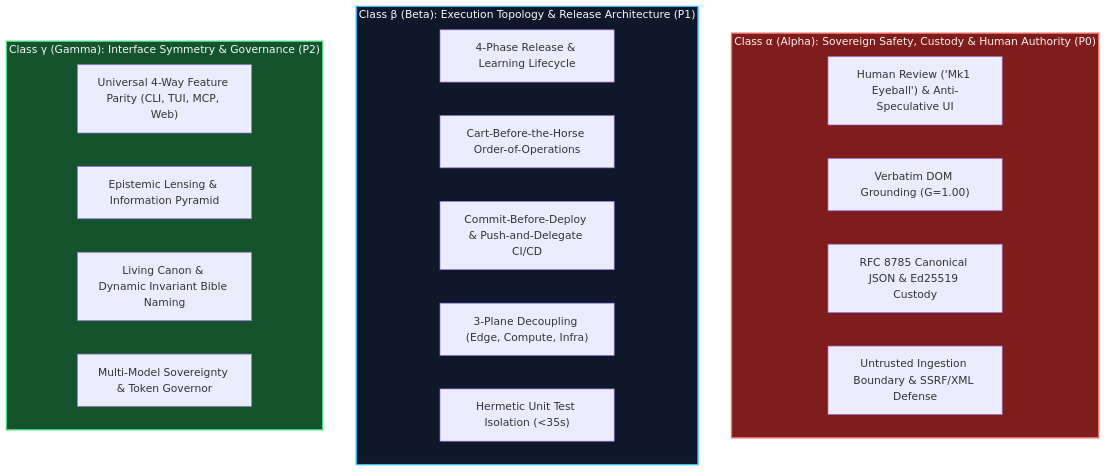
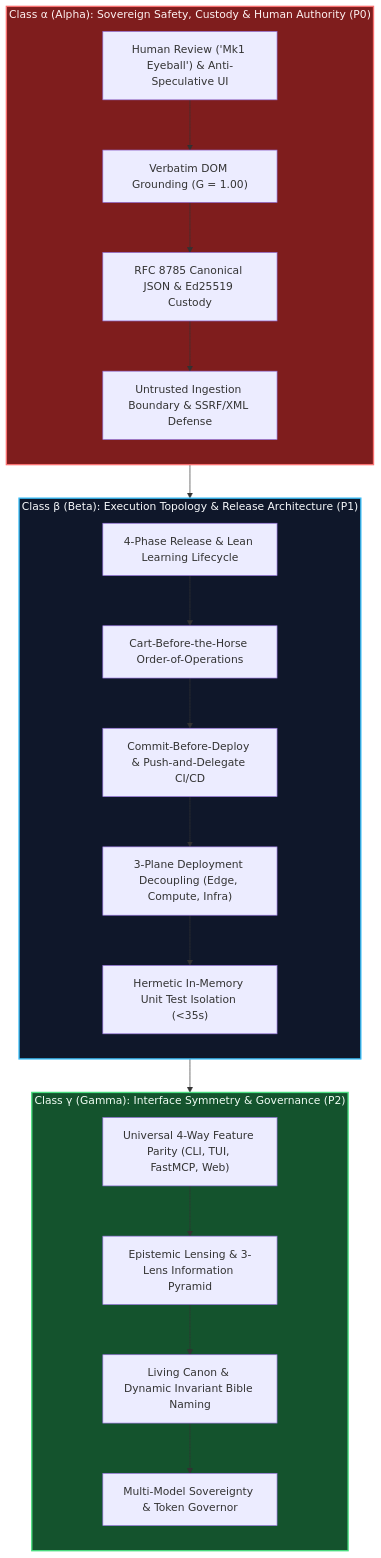
The second of 3 diagrams in blog/the-silicon-hangover.md (artibyrd/credence-docs), drawn with Mermaid before and after one commit. The commit also changed other lines of this file and 10 other files, not shown here.

Commit message:
feat(ui): add interactive diagram pan-zoom controls, fullscreen lightbox, and optimize typography

````diff
--- a/blog/the-silicon-hangover.md
+++ b/blog/the-silicon-hangover.md
@@ -70,28 +68,33 @@
 ```mermaid
-graph TD
+flowchart TD
     subgraph ClassAlpha ["Class α (Alpha): Sovereign Safety, Custody & Human Authority (P0)"]
+        direction TB
         A1["Human Review ('Mk1 Eyeball') & Anti-Speculative UI"]
-        A2["Verbatim DOM Grounding (G=1.00)"]
-        A3["RFC 8785 Canonical JSON & Ed25519 Custody"]
-        A4["Untrusted Ingestion Boundary & SSRF/XML Defense"]
+        --> A2["Verbatim DOM Grounding (G = 1.00)"]
+        --> A3["RFC 8785 Canonical JSON & Ed25519 Custody"]
+        --> A4["Untrusted Ingestion Boundary & SSRF/XML Defense"]
     end
 
     subgraph ClassBeta ["Class β (Beta): Execution Topology & Release Architecture (P1)"]
-        B1["4-Phase Release & Learning Lifecycle"]
-        B2["Cart-Before-the-Horse Order-of-Operations"]
-        B3["Commit-Before-Deploy & Push-and-Delegate CI/CD"]
-        B4["3-Plane Decoupling (Edge, Compute, Infra)"]
-        B5["Hermetic Unit Test Isolation (<35s)"]
+        direction TB
+        B1["4-Phase Release & Lean Learning Lifecycle"]
+        --> B2["Cart-Before-the-Horse Order-of-Operations"]
+        --> B3["Commit-Before-Deploy & Push-and-Delegate CI/CD"]
+        --> B4["3-Plane Deployment Decoupling (Edge, Compute, Infra)"]
+        --> B5["Hermetic In-Memory Unit Test Isolation (&lt;35s)"]
     end
 
     subgraph ClassGamma ["Class γ (Gamma): Interface Symmetry & Governance (P2)"]
-        C1["Universal 4-Way Feature Parity (CLI, TUI, MCP, Web)"]
-        C2["Epistemic Lensing & Information Pyramid"]
-        C3["Living Canon & Dynamic Invariant Bible Naming"]
-        C4["Multi-Model Sovereignty & Token Governor"]
+        direction TB
+        C1["Universal 4-Way Feature Parity (CLI, TUI, FastMCP, Web)"]
+        --> C2["Epistemic Lensing & 3-Lens Information Pyramid"]
+        --> C3["Living Canon & Dynamic Invariant Bible Naming"]
+        --> C4["Multi-Model Sovereignty & Token Governor"]
     end
+
+    ClassAlpha --> ClassBeta --> ClassGamma
 
     style ClassAlpha fill:#7f1d1d,stroke:#f87171,stroke-width:2px,color:#fef2f2
     style ClassBeta fill:#0f172a,stroke:#38bdf8,stroke-width:2px,color:#f8fafc
     style ClassGamma fill:#14532d,stroke:#4ade80,stroke-width:2px,color:#f0fdf4
 ```
````
